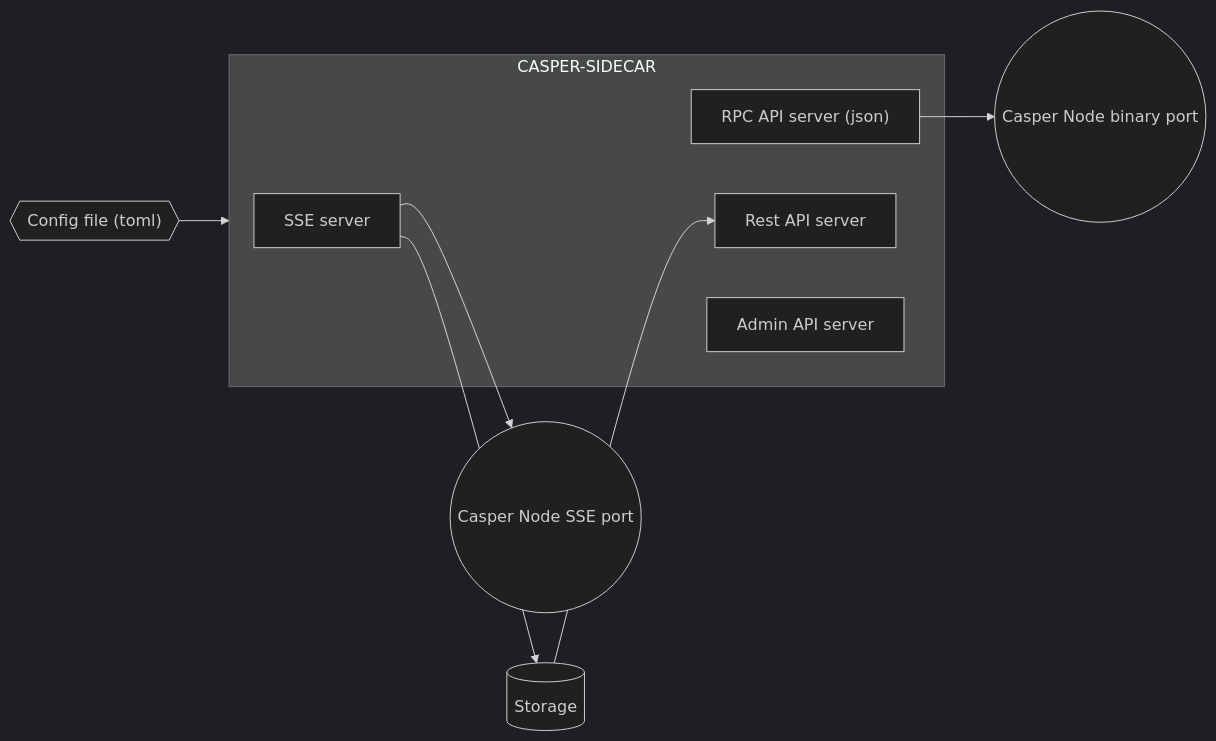
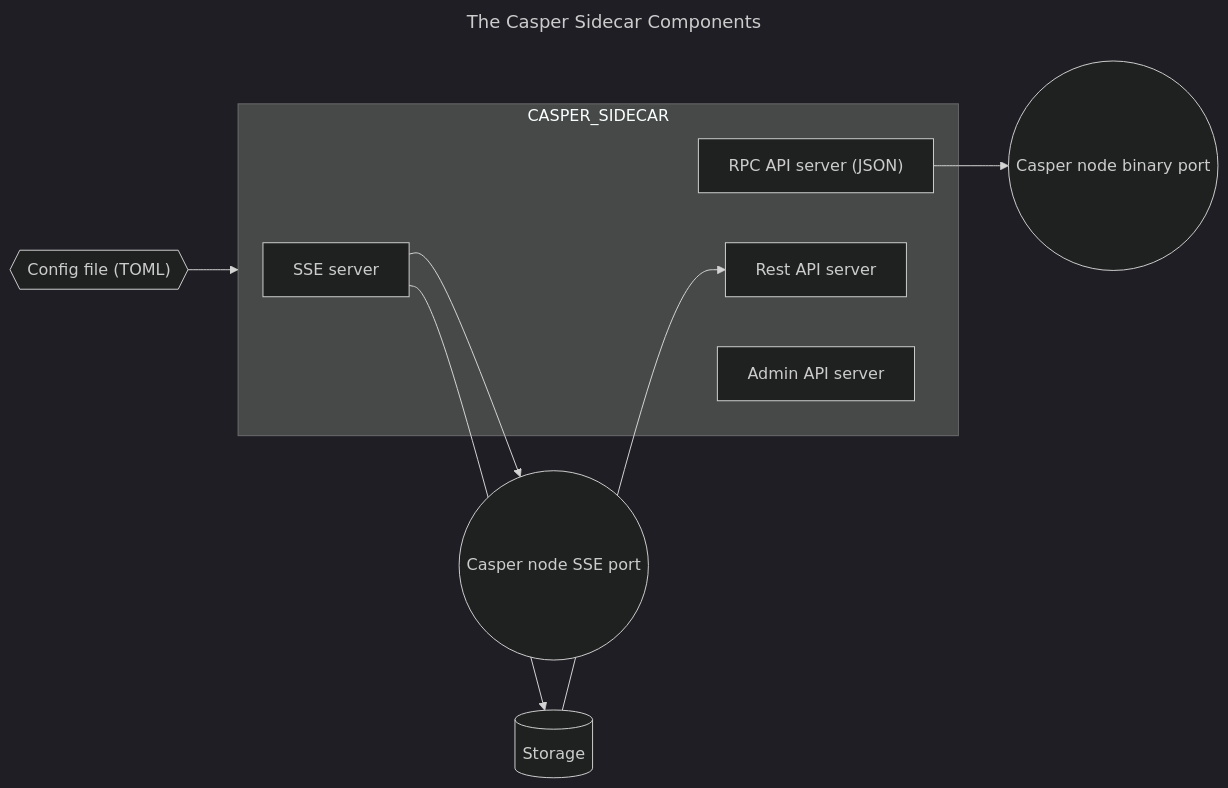
The first of 5 diagrams in README.md (casper-network/casper-sidecar), drawn with Mermaid (dark theme) before and after one commit. The commit also changed other lines of this file, not shown here.

Commit message:
Update diagram labels for consistency

````diff
--- a/README.md
+++ b/README.md
@@ -57,18 +57,21 @@
 ```mermaid
+---
+title: The Casper Sidecar Components
+---
    graph LR;
-   subgraph CASPER-SIDECAR
+   subgraph CASPER_SIDECAR
       SSE_SERVER["SSE server"]
-      RPC_API_SERVER["RPC API server (json)"]
+      RPC_API_SERVER["RPC API server (JSON)"]
       REST_API["Rest API server"]
       ADMIN_API["Admin API server"]
    end
-   CONFIG{{"Config file (toml)"}}
-   CONFIG --> CASPER-SIDECAR
+   CONFIG{{"Config file (TOML)"}}
+   CONFIG --> CASPER_SIDECAR
    STORAGE[(Storage)]
-   NODE_SSE(("Casper Node SSE port"))
-   NODE_BINARY(("Casper Node binary port"))
+   NODE_SSE(("Casper node SSE port"))
+   NODE_BINARY(("Casper node binary port"))
    RPC_API_SERVER --> NODE_BINARY
    SSE_SERVER --> NODE_SSE
    SSE_SERVER --> STORAGE
    STORAGE --> REST_API
 ```
````
